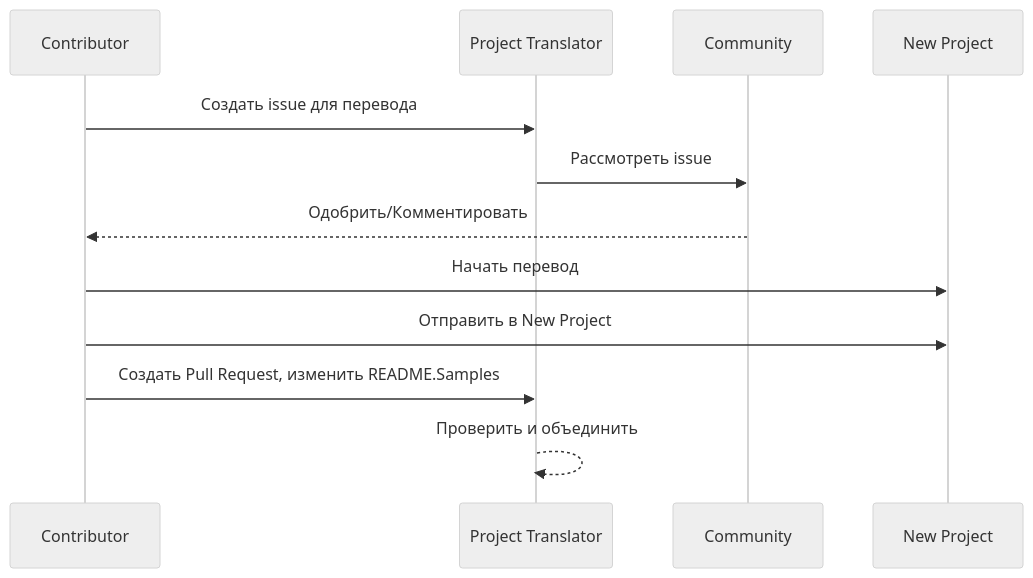
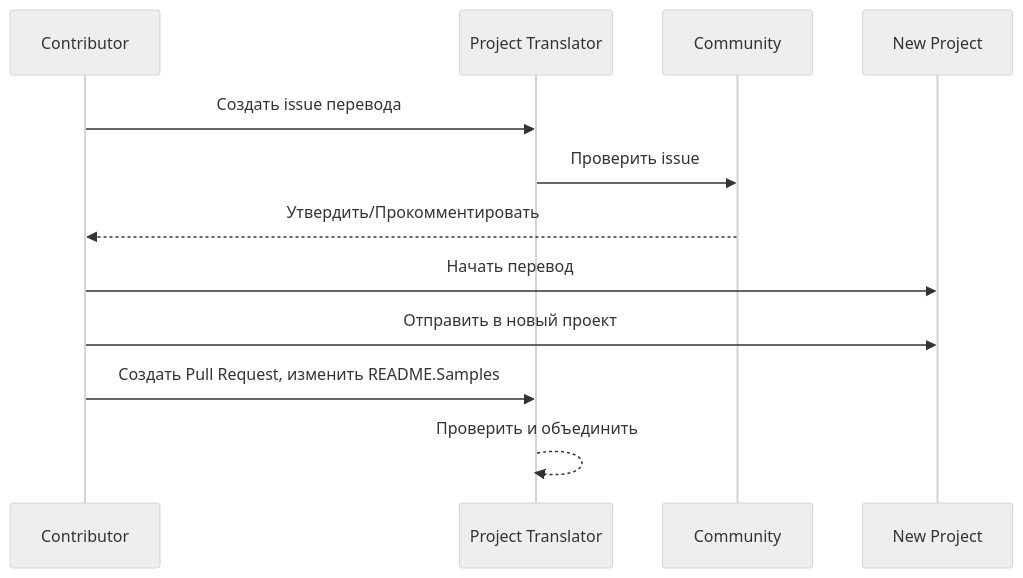
One commit to Project-Translation/project_translator changed the diagram in readmes/README.ru-ru.md. Above: the diagram before and after it, drawn with Mermaid (neutral theme). The commit also changed other lines of this file and 22 other files, not shown here.

````diff
--- a/readmes/README.ru-ru.md
+++ b/readmes/README.ru-ru.md
@@ -63,10 +64,10 @@
 ```mermaid
 sequenceDiagram
-  Contributor->>Project Translator: Создать issue для перевода
-  Project Translator->>Community: Рассмотреть issue
-  Community-->>Contributor: Одобрить/Комментировать
+  Contributor->>Project Translator: Создать issue перевода
+  Project Translator->>Community: Проверить issue
+  Community-->>Contributor: Утвердить/Прокомментировать
   Contributor->>New Project: Начать перевод
-  Contributor->>New Project: Отправить в New Project
+  Contributor->>New Project: Отправить в новый проект
   Contributor->>Project Translator: Создать Pull Request, изменить README.Samples
   Project Translator-->>Project Translator: Проверить и объединить
 ```
````
